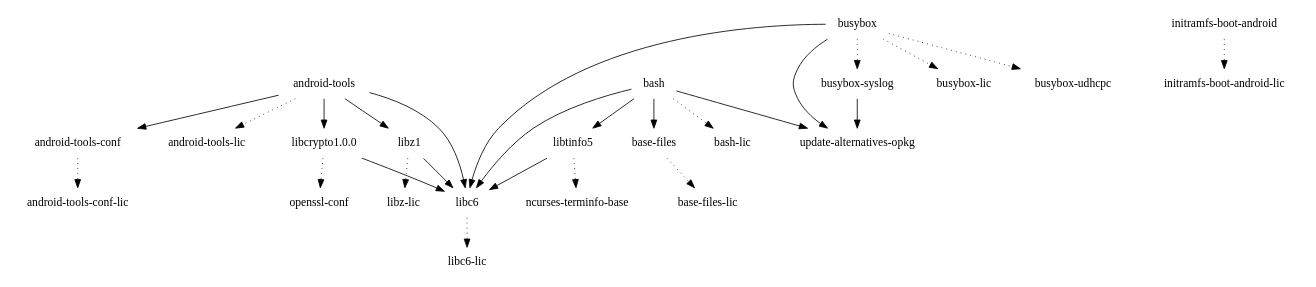
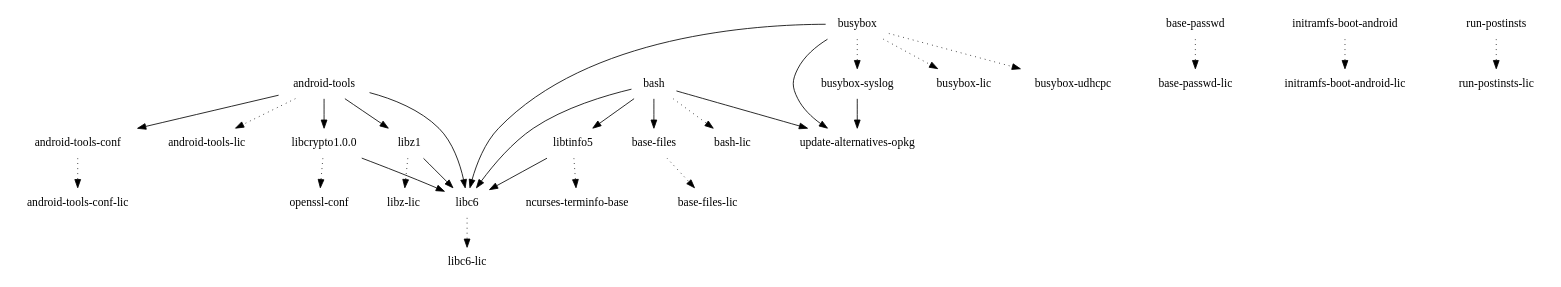
Before and after one commit to webOS-ports/buildhistory: the diagram in images/maguro/glibc/initramfs-android-image/depends.dot, drawn with Graphviz. The commit also changed 11 other files, not shown here.

```diff
--- a/images/maguro/glibc/initramfs-android-image/depends.dot
+++ b/images/maguro/glibc/initramfs-android-image/depends.dot
@@ -1,29 +1,31 @@
 digraph depends {
     node [shape=plaintext]
 "android-tools" -> "android-tools-conf";
 "android-tools" -> "android-tools-lic" [style=dotted];
+"android-tools-conf" -> "android-tools-conf-lic" [style=dotted];
 "android-tools" -> "libc6";
 "android-tools" -> "libcrypto1.0.0";
 "android-tools" -> "libz1";
-"android-tools-conf" -> "android-tools-conf-lic" [style=dotted];
 "base-files" -> "base-files-lic" [style=dotted];
+"base-passwd" -> "base-passwd-lic" [style=dotted];
 "bash" -> "base-files";
 "bash" -> "bash-lic" [style=dotted];
 "bash" -> "libc6";
 "bash" -> "libtinfo5";
 "bash" -> "update-alternatives-opkg";
 "busybox" -> "busybox-lic" [style=dotted];
 "busybox" -> "busybox-syslog" [style=dotted];
 "busybox" -> "busybox-udhcpc" [style=dotted];
 "busybox" -> "libc6";
+"busybox-syslog" -> "update-alternatives-opkg";
 "busybox" -> "update-alternatives-opkg";
-"busybox-syslog" -> "update-alternatives-opkg";
 "initramfs-boot-android" -> "initramfs-boot-android-lic" [style=dotted];
 "libc6" -> "libc6-lic" [style=dotted];
 "libcrypto1.0.0" -> "libc6";
 "libcrypto1.0.0" -> "openssl-conf" [style=dotted];
 "libtinfo5" -> "libc6";
 "libtinfo5" -> "ncurses-terminfo-base" [style=dotted];
 "libz1" -> "libc6";
 "libz1" -> "libz-lic" [style=dotted];
+"run-postinsts" -> "run-postinsts-lic" [style=dotted];
 }
```
